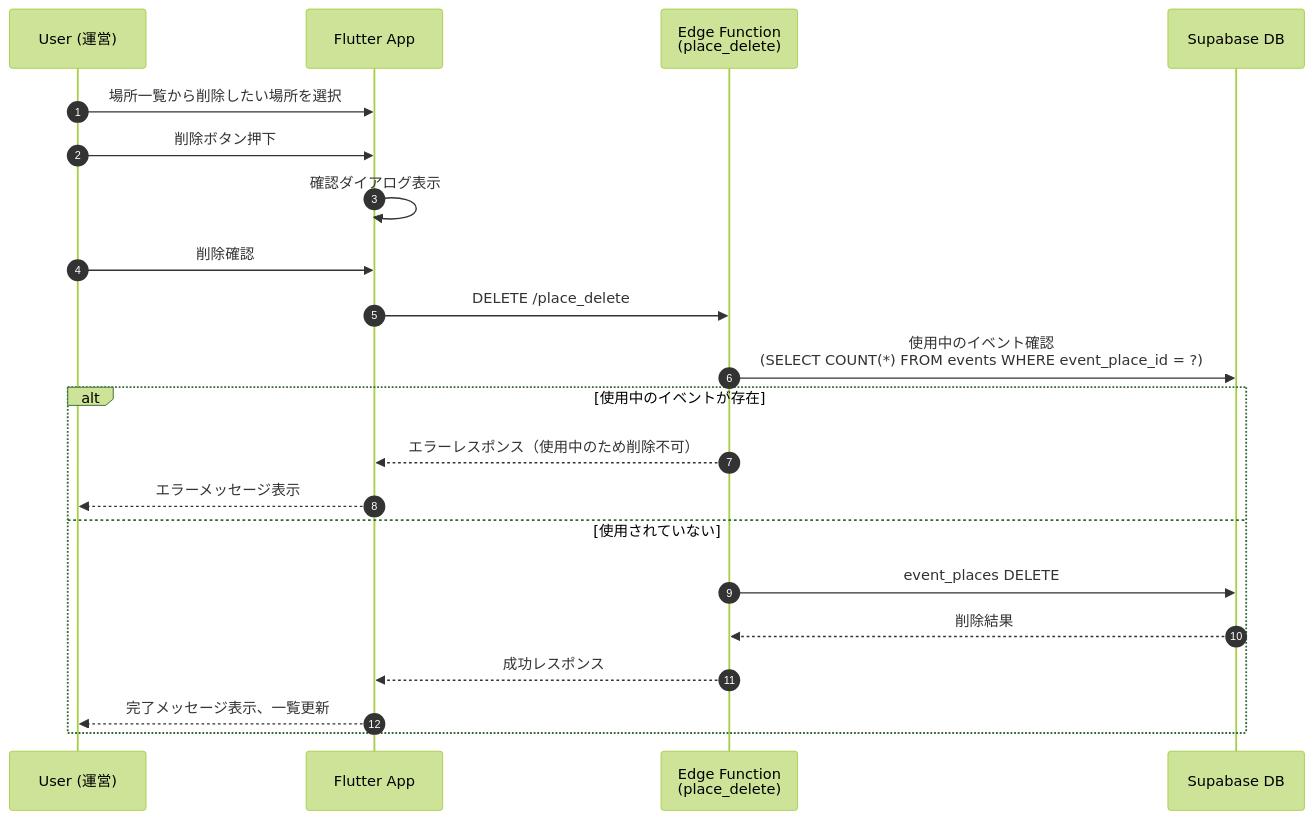
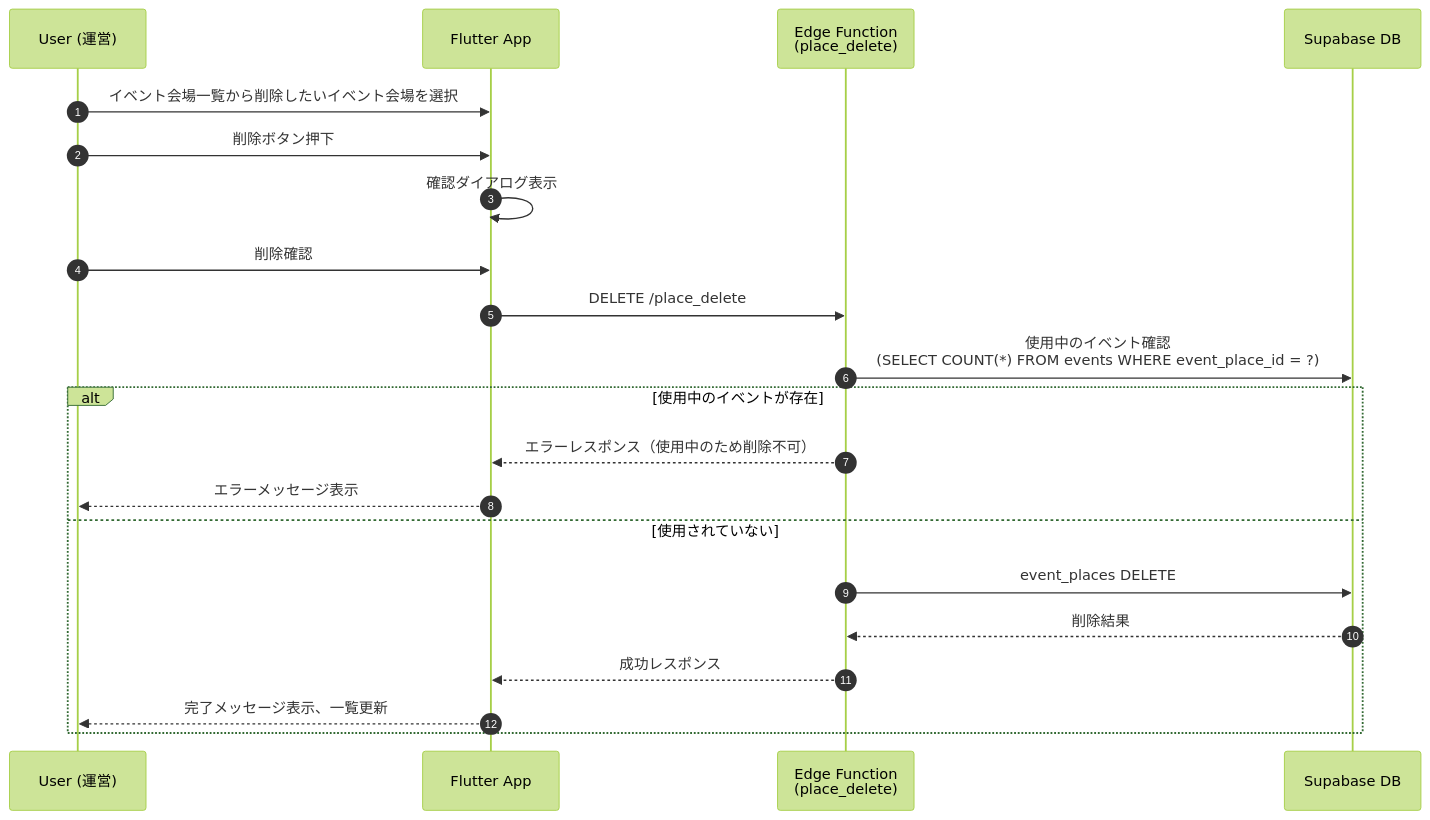
The fourth of 4 diagrams in docs/DESIGN_DOCS/events/place_registration.md (kerokerotur/banars-app), drawn with Mermaid (forest theme) before and after one commit. The commit also changed other lines of this file and 27 other files, not shown here.

````diff
--- a/docs/DESIGN_DOCS/events/place_registration.md
+++ b/docs/DESIGN_DOCS/events/place_registration.md
@@ -75,24 +84,24 @@
 ```mermaid
 sequenceDiagram
     autonumber
     participant User as User (運営)
     participant App as Flutter App
     participant Edge as Edge Function<br>(place_delete)
     participant DB as Supabase DB
 
-    User->>App: 場所一覧から削除したい場所を選択
+    User->>App: イベント会場一覧から削除したいイベント会場を選択
     User->>App: 削除ボタン押下
     App->>App: 確認ダイアログ表示
     User->>App: 削除確認
     App->>Edge: DELETE /place_delete
     Edge->>DB: 使用中のイベント確認<br>(SELECT COUNT(*) FROM events WHERE event_place_id = ?)
     alt 使用中のイベントが存在
         Edge-->>App: エラーレスポンス（使用中のため削除不可）
         App-->>User: エラーメッセージ表示
     else 使用されていない
         Edge->>DB: event_places DELETE
         DB-->>Edge: 削除結果
         Edge-->>App: 成功レスポンス
         App-->>User: 完了メッセージ表示、一覧更新
     end
 ```
````
